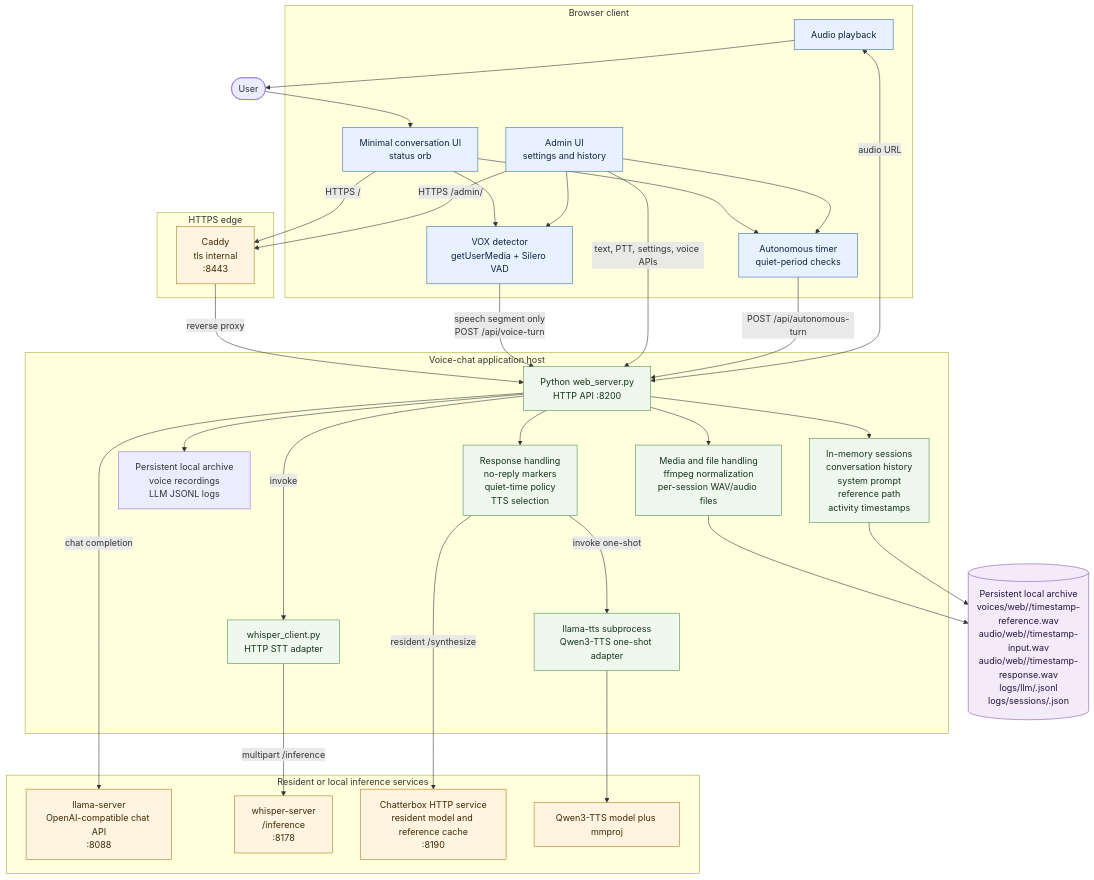
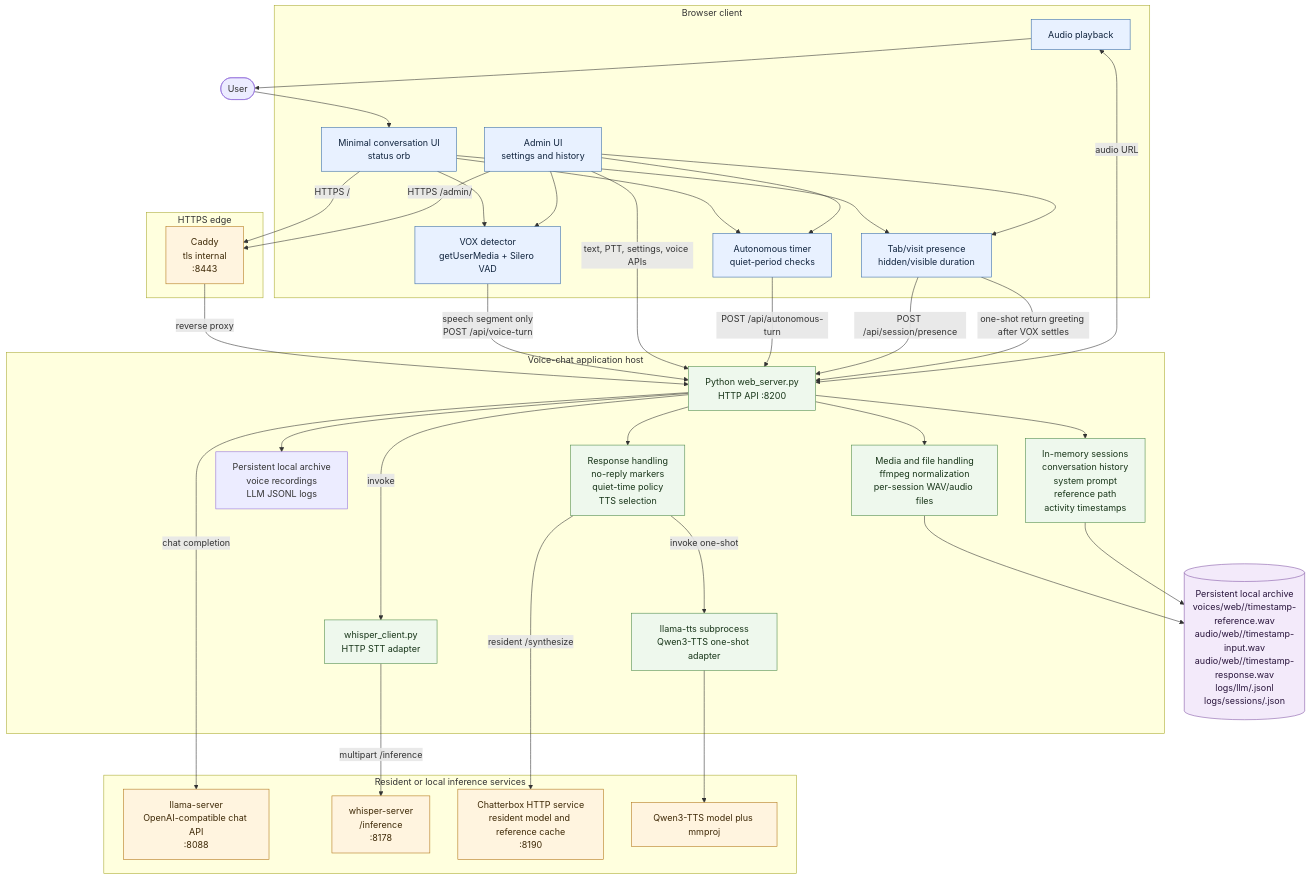
Before and after one commit to initialed85/edvox: the second of 4 diagrams in docs/architecture.md, drawn with Mermaid. The commit also changed other lines of this file and 15 other files, not shown here.

````diff
--- a/docs/architecture.md
+++ b/docs/architecture.md
@@ -40,71 +40,76 @@
 ```mermaid
 flowchart TB
     subgraph Client[Browser client]
         ui[Minimal conversation UI\nstatus orb]
         admin[Admin UI\nsettings and history]
         vox[VOX detector\ngetUserMedia + Silero VAD]
         auto[Autonomous timer\nquiet-period checks]
+        presence[Tab/visit presence\nhidden/visible duration]
         playback[Audio playback]
     end
 
     subgraph Edge[HTTPS edge]
         caddy[Caddy\ntls internal\n:8443]
     end
 
     subgraph App[Voice-chat application host]
         web[Python web_server.py\nHTTP API :8200]
         sessions[In-memory sessions\nconversation history\nsystem prompt\nreference path\nactivity timestamps]
         archive[Persistent local archive\nvoice recordings\nLLM JSONL logs]
         policy[Response handling\nno-reply markers\nquiet-time policy\nTTS selection]
         media[Media and file handling\nffmpeg normalization\nper-session WAV/audio files]
         whisperClient[whisper_client.py\nHTTP STT adapter]
         qwenProc[llama-tts subprocess\nQwen3-TTS one-shot adapter]
     end
 
     subgraph Services[Resident or local inference services]
         llama[llama-server\nOpenAI-compatible chat API\n:8088]
         whisper[whisper-server\n/inference\n:8178]
         chatter[Chatterbox HTTP service\nresident model and reference cache\n:8190]
         qwenModels[Qwen3-TTS model plus mmproj]
     end
 
     storage[(Persistent local archive\nvoices/web/<session>/timestamp-reference.wav\naudio/web/<session>/timestamp-input.wav\naudio/web/<session>/timestamp-response.wav\nlogs/llm/<session>.jsonl\nlogs/sessions/<session>.json)]
 
     user([User]) --> ui
     ui --> vox
     ui --> auto
+    ui --> presence
     admin --> vox
     admin --> auto
+    admin --> presence
     playback --> user
 
     ui -->|HTTPS /| caddy
     admin -->|HTTPS /admin/| caddy
     caddy -->|reverse proxy| web
 
     vox -->|speech segment only\nPOST /api/voice-turn| web
     admin -->|text, PTT, settings, voice APIs| web
     auto -->|POST /api/autonomous-turn| web
+    presence -->|POST /api/session/presence| web
+    presence -->|one-shot return greeting after VOX settles| web
     playback <-->|audio URL| web
 
     web --> sessions
     web --> policy
     web --> media
     web -->|chat completion| llama
     web -->|invoke| whisperClient
     whisperClient -->|multipart /inference| whisper
     policy -->|resident /synthesize| chatter
     policy -->|invoke one-shot| qwenProc
     qwenProc --> qwenModels
     media --> storage
     sessions --> storage
     web --> archive
 
     classDef client fill:#e8f1ff,stroke:#3569a8,color:#10243e
     classDef app fill:#eef8ed,stroke:#4d8a4a,color:#183519
     classDef service fill:#fff4df,stroke:#b27618,color:#3e2907
     classDef storage fill:#f3eafa,stroke:#8155a6,color:#28143b
-    class ui,admin,vox,auto,playback client
+    class ui,admin,vox,auto,presence,playback client
     class web,sessions,policy,media,whisperClient,qwenProc app
     class llama,whisper,chatter,qwenModels,caddy service
     class storage storage
 ```
````
